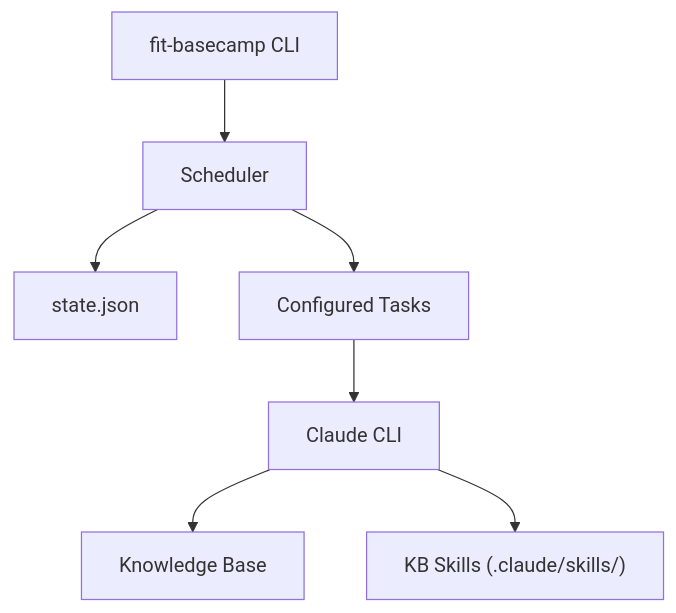
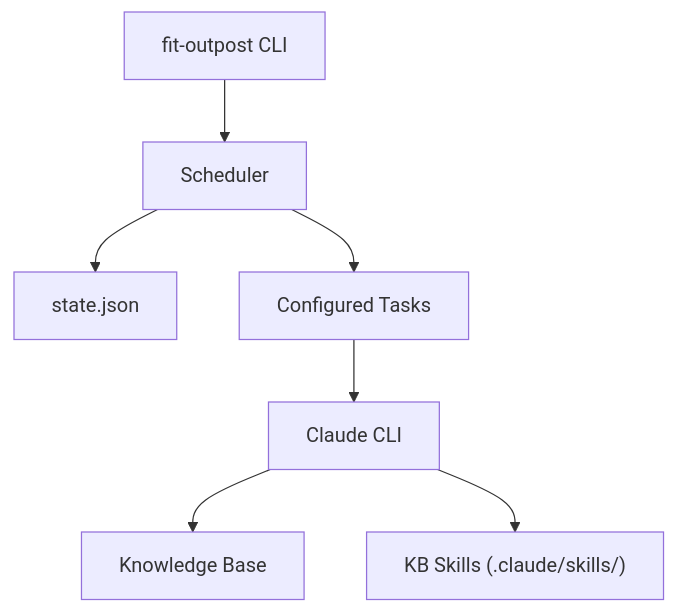
The diagram in websites/fit/docs/internals/outpost/index.md (forwardimpact/pathway), drawn with Mermaid before and after one commit. The commit also changed other lines of this file and 111 other files, not shown here.

First line of the commit message:
Rewrite Basecamp -> Outpost in active code, configs, copy, and templates

````diff
--- a/websites/fit/docs/internals/outpost/index.md
+++ b/websites/fit/docs/internals/outpost/index.md
@@ -8,9 +8,9 @@
 ```mermaid
 flowchart TD
-    CLI["fit-basecamp CLI"] --> Scheduler
+    CLI["fit-outpost CLI"] --> Scheduler
     Scheduler --> State["state.json"]
     Scheduler --> Tasks["Configured Tasks"]
     Tasks --> Claude["Claude CLI"]
     Claude --> KB["Knowledge Base"]
     Claude --> Skills["KB Skills (.claude/skills/)"]
 ```
````
